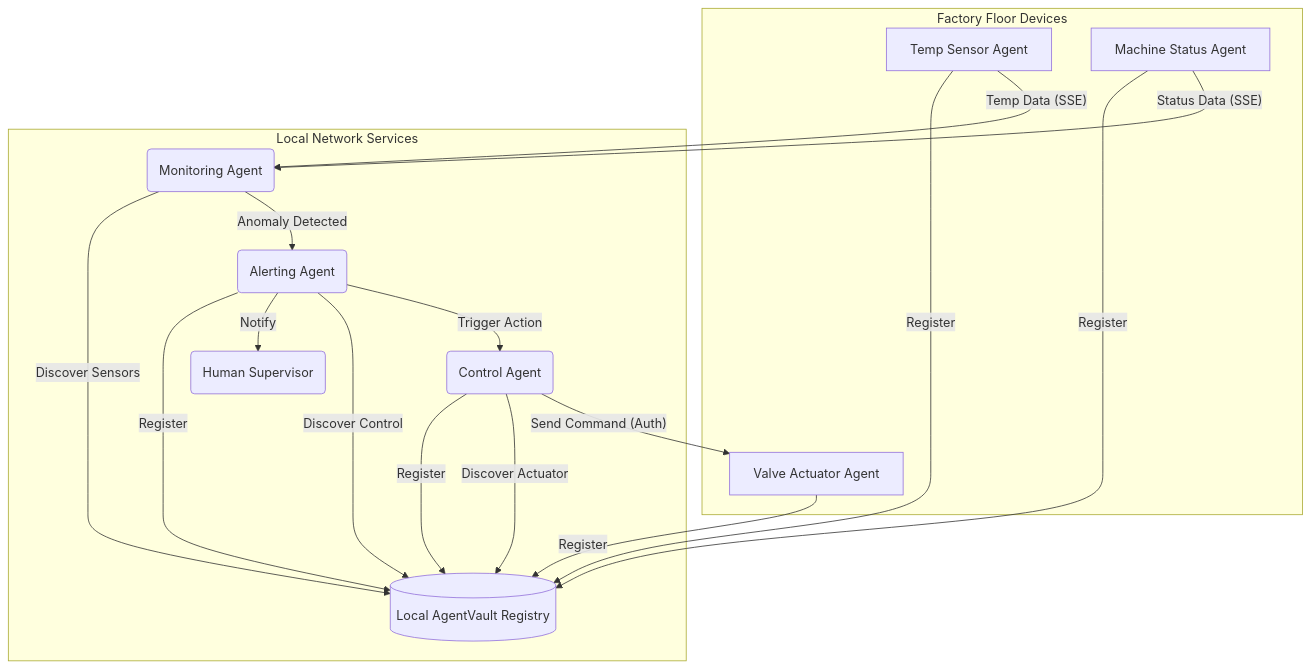
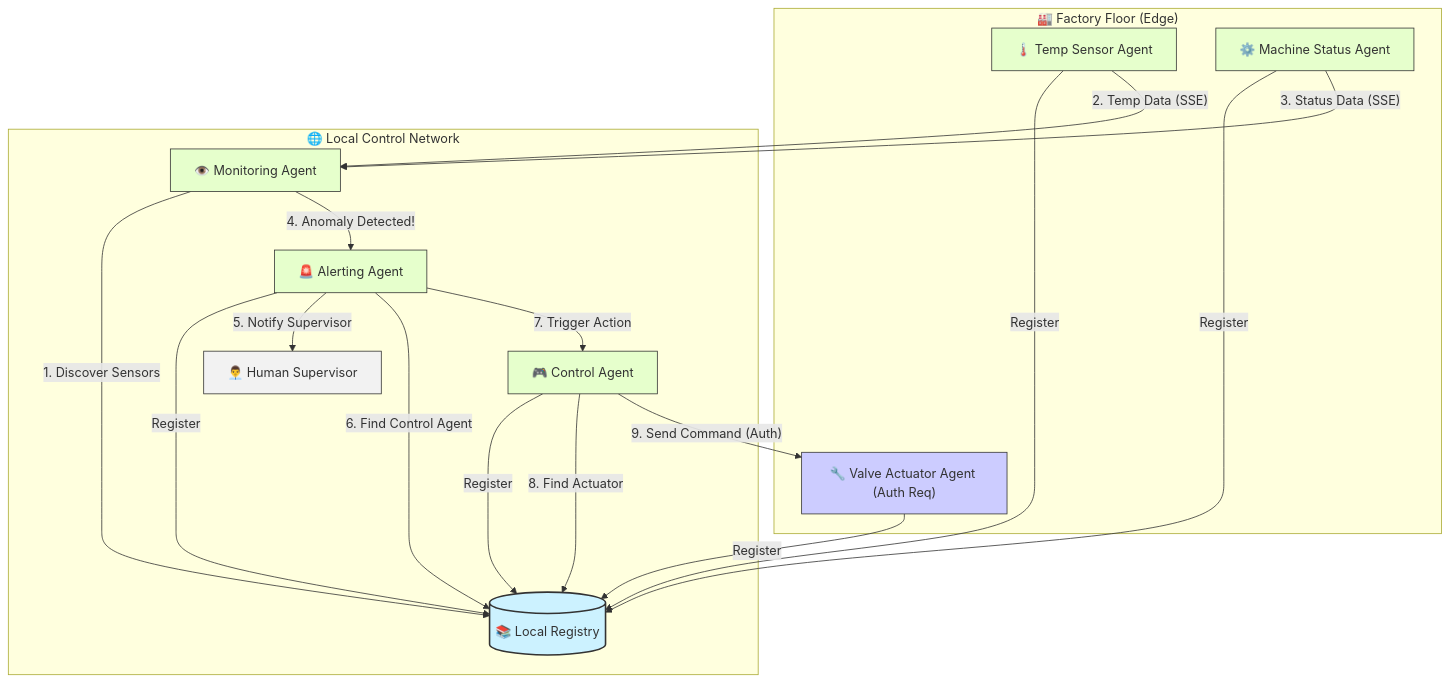
The third of 6 diagrams in docs/use_cases.md (ruFFaa/AgentVault), drawn with Mermaid before and after one commit. The commit also changed other lines of this file and 2 other files, not shown here.

First line of the commit message:
feat(docs): Add MkDocs deps and fix use case diagrams

````diff
--- a/docs/use_cases.md
+++ b/docs/use_cases.md
@@ -150,37 +165,44 @@
 ```mermaid
 graph TD
-    subgraph Factory Floor Devices
-        SensorAgent[Temp Sensor Agent]
-        ActuatorAgent[Valve Actuator Agent]
-        MachineAgent[Machine Status Agent]
+    %% Define styles
+    classDef factoryGroup fill:#fff3e0,stroke:#333,stroke-width:1px
+    classDef controlGroup fill:#e3f2fd,stroke:#333,stroke-width:1px
+    classDef agent fill:#e6ffcc,stroke:#333,stroke-width:1px
+    classDef registry fill:#ccf2ff,stroke:#333,stroke-width:2px,shape:cylinder
+    classDef authAgent fill:#ccf,stroke:#333,stroke-width:1px
+    classDef human fill:#f2f2f2,stroke:#333,stroke-width:1px
+    
+    subgraph FactoryFloor["🏭 Factory Floor (Edge)"]
+        SensorAgent["🌡️ Temp Sensor Agent"]:::agent
+        ActuatorAgent["🔧 Valve Actuator Agent (Auth Req)"]:::authAgent
+        MachineAgent["⚙️ Machine Status Agent"]:::agent
     end
-
-    subgraph Local Network Services
-        LocalRegistry[(Local AgentVault Registry)]
-        MonitorAgent(Monitoring Agent)
-        AlertAgent(Alerting Agent)
-        ControlAgent(Control Agent)
-        Supervisor(Human Supervisor)
+    
+    subgraph ControlNetwork["🌐 Local Control Network"]
+        LocalRegistry[("📚 Local Registry")]:::registry
+        MonitorAgent["👁️ Monitoring Agent"]:::agent
+        AlertAgent["🚨 Alerting Agent"]:::agent
+        ControlAgent["🎮 Control Agent"]:::agent
+        Supervisor["👨‍💼 Human Supervisor"]:::human
     end
-
-    %% Registration
-    SensorAgent -- Register --> LocalRegistry
-    ActuatorAgent -- Register --> LocalRegistry
-    MachineAgent -- Register --> LocalRegistry
-    AlertAgent -- Register --> LocalRegistry
-    ControlAgent -- Register --> LocalRegistry
-
-    %% Monitoring Flow
-    MonitorAgent -- Discover Sensors --> LocalRegistry
-    SensorAgent -- Temp Data (SSE) --> MonitorAgent
-    MachineAgent -- Status Data (SSE) --> MonitorAgent
-
-    %% Alerting & Control Flow
-    MonitorAgent -- Anomaly Detected --> AlertAgent
-    AlertAgent -- Notify --> Supervisor
-    AlertAgent -- Discover Control --> LocalRegistry
-    AlertAgent -- Trigger Action --> ControlAgent
-    ControlAgent -- Discover Actuator --> LocalRegistry
-    ControlAgent -- Send Command (Auth) --> ActuatorAgent
-
+    
+    %% Registration flow
+    SensorAgent -- "Register" --> LocalRegistry
+    ActuatorAgent -- "Register" --> LocalRegistry
+    MachineAgent -- "Register" --> LocalRegistry
+    AlertAgent -- "Register" --> LocalRegistry
+    ControlAgent -- "Register" --> LocalRegistry
+    
+    %% Monitoring flow
+    MonitorAgent -- "1. Discover Sensors" --> LocalRegistry
+    SensorAgent -- "2. Temp Data (SSE)" --> MonitorAgent
+    MachineAgent -- "3. Status Data (SSE)" --> MonitorAgent
+    
+    %% Alert and response flow
+    MonitorAgent -- "4. Anomaly Detected!" --> AlertAgent
+    AlertAgent -- "5. Notify Supervisor" --> Supervisor
+    AlertAgent -- "6. Find Control Agent" --> LocalRegistry
+    AlertAgent -- "7. Trigger Action" --> ControlAgent
+    ControlAgent -- "8. Find Actuator" --> LocalRegistry
+    ControlAgent -- "9. Send Command (Auth)" --> ActuatorAgent
 ```
````
